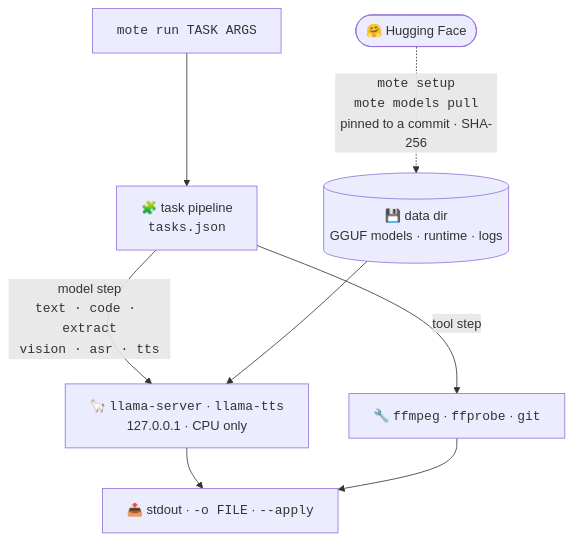
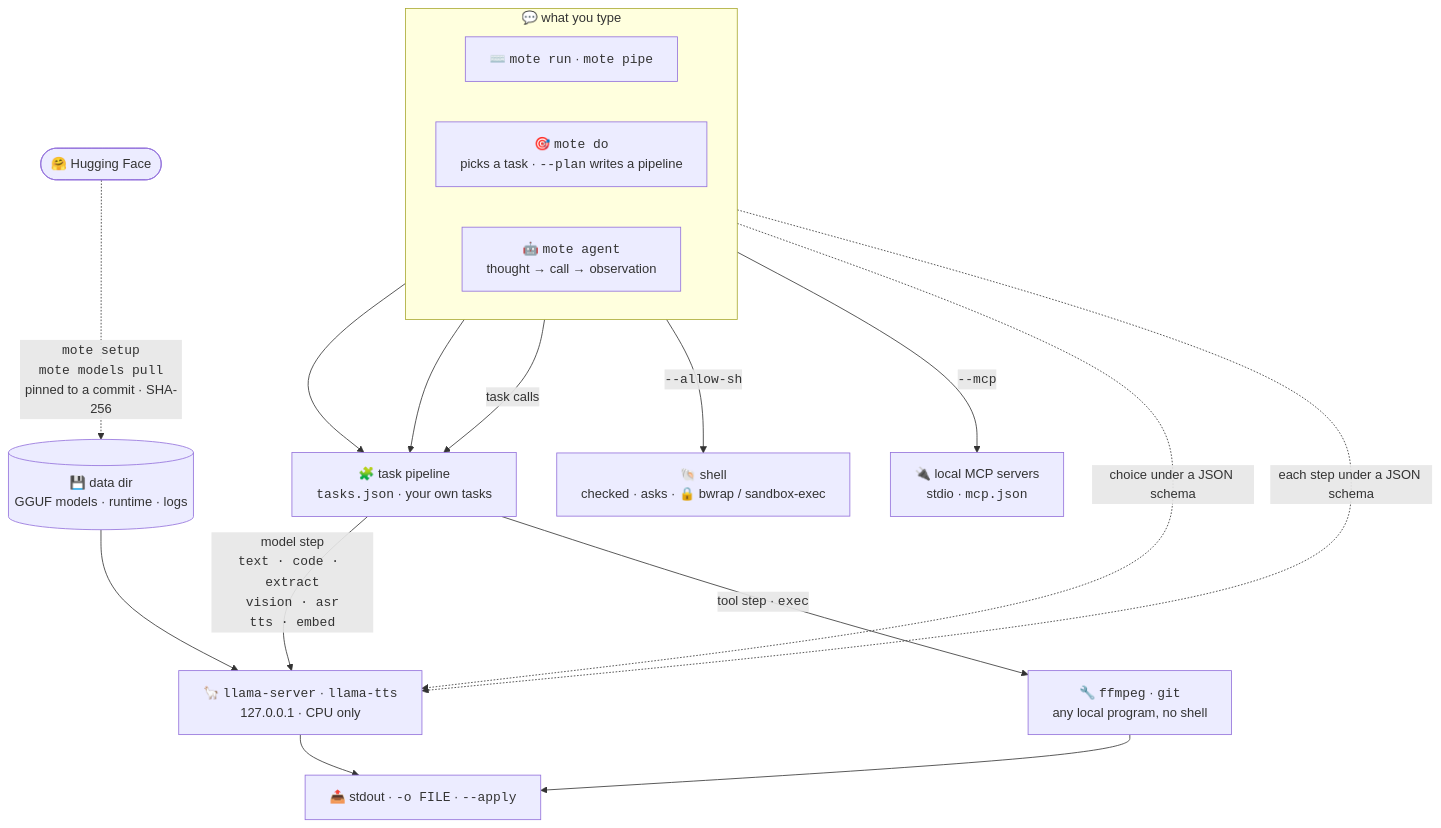
One commit to JGalego/Mote changed the first of 2 diagrams in README.md. Above: the diagram before and after it, drawn with Mermaid. The commit also changed other lines of this file, not shown here.

Commit message:
docs: redraw the how-it-works diagram with pipe, do, the agent, exec, MCP and the sandbox

````diff
--- a/README.md
+++ b/README.md
@@ -259,14 +259,27 @@
 ```mermaid
 %%{init: {"flowchart": {"wrappingWidth": 320}}}%%
 flowchart TD
-  IN["<code>mote run TASK ARGS</code>"] --> PIPE["🧩 task pipeline<br/><code>tasks.json</code>"]
+  subgraph ask["💬 what you type"]
+    direction LR
+    RUN["⌨️ <code>mote run</code> · <code>mote pipe</code>"]
+    DO["🎯 <code>mote do</code><br/>picks a task · <code>--plan</code> writes a pipeline"]
+    AGENT["🤖 <code>mote agent</code><br/>thought → call → observation"]
+  end
 
-  PIPE -- "model step<br/><code>text · code · extract</code><br/><code>vision · asr · tts</code>" --> LLAMA["🦙 <code>llama-server</code> · <code>llama-tts</code><br/>127.0.0.1 · CPU only"]
-  PIPE -- "tool step" --> TOOLS["🔧 <code>ffmpeg</code> · <code>ffprobe</code> · <code>git</code>"]
+  RUN --> PIPE["🧩 task pipeline<br/><code>tasks.json</code> · your own tasks"]
+  DO --> PIPE
+  AGENT -- "task calls" --> PIPE
+  AGENT -- "<code>--allow-sh</code>" --> SH["🐚 shell<br/>checked · asks · 🔒 bwrap / sandbox-exec"]
+  AGENT -- "<code>--mcp</code>" --> MCP["🔌 local MCP servers<br/>stdio · <code>mcp.json</code>"]
+
+  PIPE -- "model step<br/><code>text · code · extract</code><br/><code>vision · asr</code><br/><code>tts · embed</code>" --> LLAMA["🦙 <code>llama-server</code> · <code>llama-tts</code><br/>127.0.0.1 · CPU only"]
+  DO -. "choice under a JSON schema" .-> LLAMA
+  AGENT -. "each step under a JSON schema" .-> LLAMA
+  PIPE -- "tool step · <code>exec</code>" --> TOOLS["🔧 <code>ffmpeg</code> · <code>git</code><br/>any local program, no shell"]
 
   DATA[("💾 data dir<br/>GGUF models · runtime · logs")] --> LLAMA
   HF(["🤗 Hugging Face"]) -. "<code>mote setup</code><br/><code>mote models pull</code><br/>pinned to a commit · SHA-256" .-> DATA
 
   LLAMA --> OUT["📤 stdout · <code>-o FILE</code> · <code>--apply</code>"]
   TOOLS --> OUT
 ```
````
